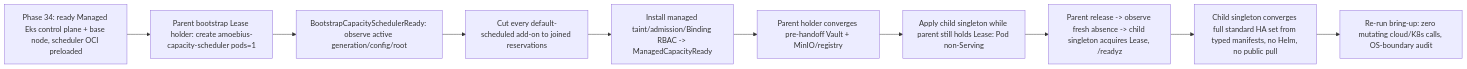
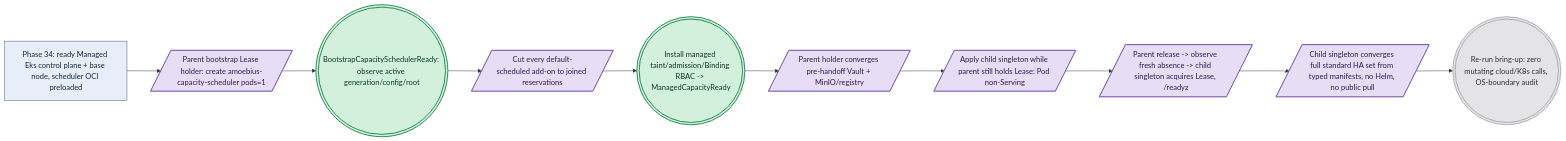
The diagram in DEVELOPMENT_PLAN/phase_35_provider_child_bringup.md (Tuee22/amoebius), drawn with Mermaid before and after one commit. The commit also changed other lines of this file and 36 other files, not shown here.

````diff
--- a/DEVELOPMENT_PLAN/phase_35_provider_child_bringup.md
+++ b/DEVELOPMENT_PLAN/phase_35_provider_child_bringup.md
@@ -76,12 +78,16 @@
 ```mermaid
 flowchart LR
-  p34[Phase 34: ready Managed Eks control plane + base node, scheduler OCI preloaded] --> boot[Parent bootstrap Lease holder: create amoebius-capacity-scheduler pods=1]
-  boot --> bcsr[BootstrapCapacitySchedulerReady: observe active generation/config/root]
-  bcsr --> cut[Cut every default-scheduled add-on to joined reservations]
-  cut --> mcr[Install managed taint/admission/Binding RBAC -> ManagedCapacityReady]
-  mcr --> pre[Parent holder converges pre-handoff Vault + MinIO/registry]
-  pre --> apply[Apply child singleton while parent still holds Lease: Pod non-Serving]
-  apply --> handoff[Parent release -> observe fresh absence -> child singleton acquires Lease, /readyz]
-  handoff --> conv[Child singleton converges full standard HA set from typed manifests, no Helm, no public pull]
-  conv --> noop[Re-run bring-up: zero mutating cloud/K8s calls, OS-boundary audit]
+  p34["Phase 34: ready Managed Eks control plane + base node, scheduler OCI preloaded"]:::intent --> boot[/"Parent bootstrap Lease holder: create amoebius-capacity-scheduler pods=1"/]:::effect
+  boot --> bcsr((("BootstrapCapacitySchedulerReady: observe active generation/config/root"))):::seal
+  bcsr --> cut[/"Cut every default-scheduled add-on to joined reservations"/]:::effect
+  cut --> mcr((("Install managed taint/admission/Binding RBAC -> ManagedCapacityReady"))):::seal
+  mcr --> pre[/"Parent holder converges pre-handoff Vault + MinIO/registry"/]:::effect
+  pre --> apply[/"Apply child singleton while parent still holds Lease: Pod non-Serving"/]:::effect
+  apply --> handoff[/"Parent release -> observe fresh absence -> child singleton acquires Lease, /readyz"/]:::effect
+  handoff --> conv[/"Child singleton converges full standard HA set from typed manifests, no Helm, no public pull"/]:::effect
+  conv --> noop((("Re-run bring-up: zero mutating cloud/K8s calls, OS-boundary audit"))):::runtime
+  classDef intent   fill:#e8eef7,stroke:#33587a,color:#12283f,stroke-width:1px
+  classDef effect   fill:#e7ddf5,stroke:#6b3fa0,color:#2f1a52,stroke-width:2px
+  classDef seal     fill:#d3f0dd,stroke:#1f8a4c,color:#0c3a1f,stroke-width:2px
+  classDef runtime  fill:#e4e4e7,stroke:#71717a,color:#2f2f35,stroke-width:1px
 ```
````
